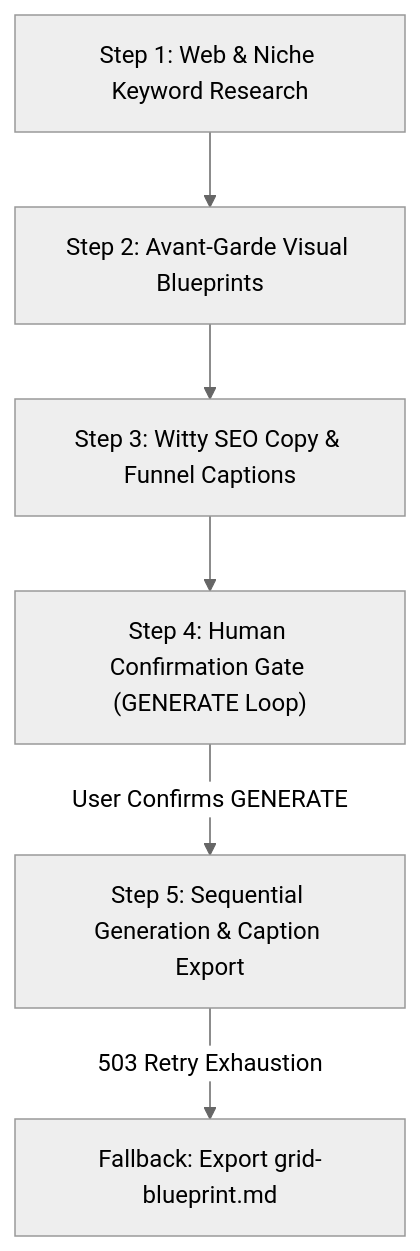
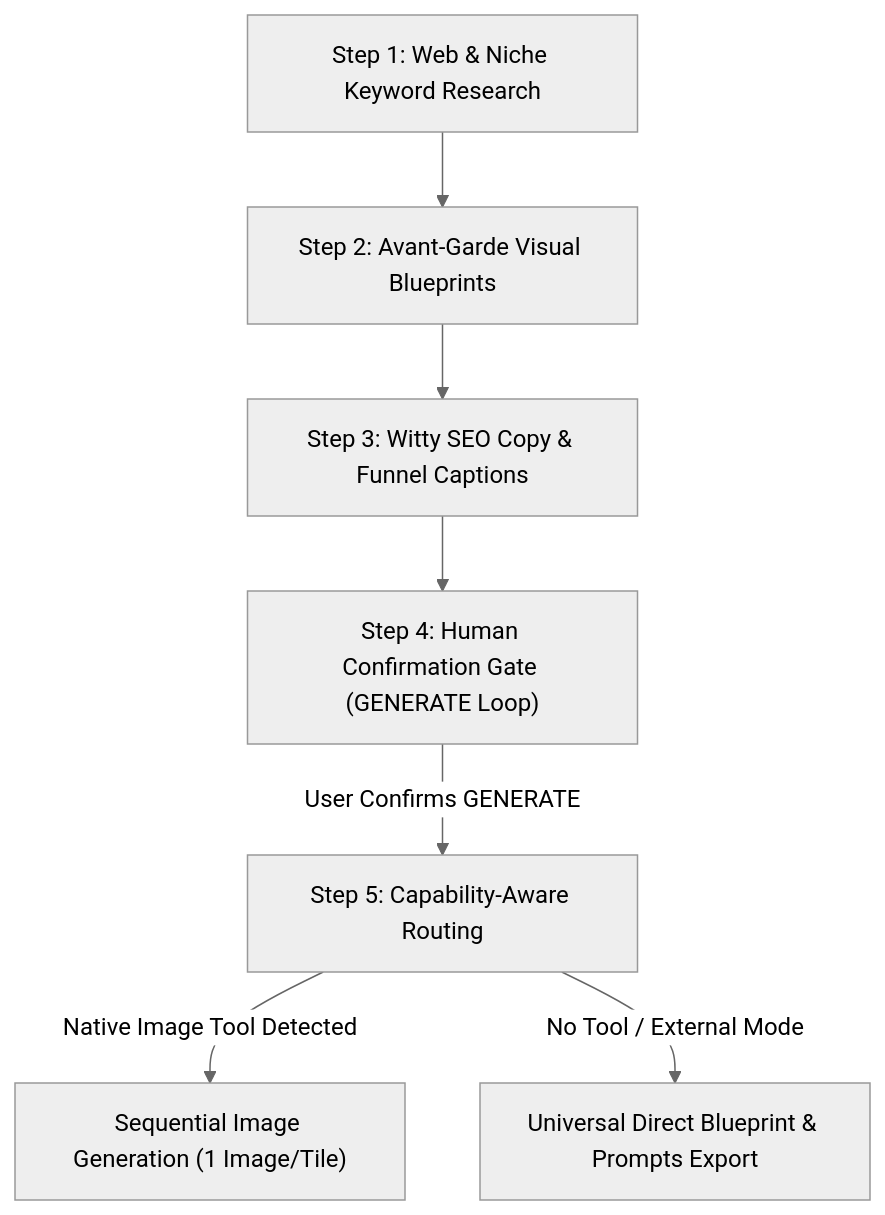
The diagram in SKILL.md (fryawhd-ctrl/ig-grid-brainstorm), drawn with Mermaid (neutral theme) before and after one commit. The commit also changed other lines of this file and 2 other files, not shown here.

Commit message:
Make Step 5 and export blueprints provider-agnostic with capability-aware routing

````diff
--- a/SKILL.md
+++ b/SKILL.md
@@ -62,8 +64,9 @@
 ```mermaid
 flowchart TD
     S1["Step 1: Web & Niche Keyword Research"] --> S2["Step 2: Avant-Garde Visual Blueprints"]
     S2 --> S3["Step 3: Witty SEO Copy & Funnel Captions"]
     S3 --> S4["Step 4: Human Confirmation Gate (GENERATE Loop)"]
-    S4 -->|User Confirms GENERATE| S5["Step 5: Sequential Generation & Caption Export"]
-    S5 -->|503 Retry Exhaustion| F["Fallback: Export grid-blueprint.md"]
+    S4 -->|User Confirms GENERATE| S5["Step 5: Capability-Aware Routing"]
+    S5 -->|Native Image Tool Detected| G1["Sequential Image Generation (1 Image/Tile)"]
+    S5 -->|No Tool / External Mode| G2["Universal Direct Blueprint & Prompts Export"]
 ```
````
